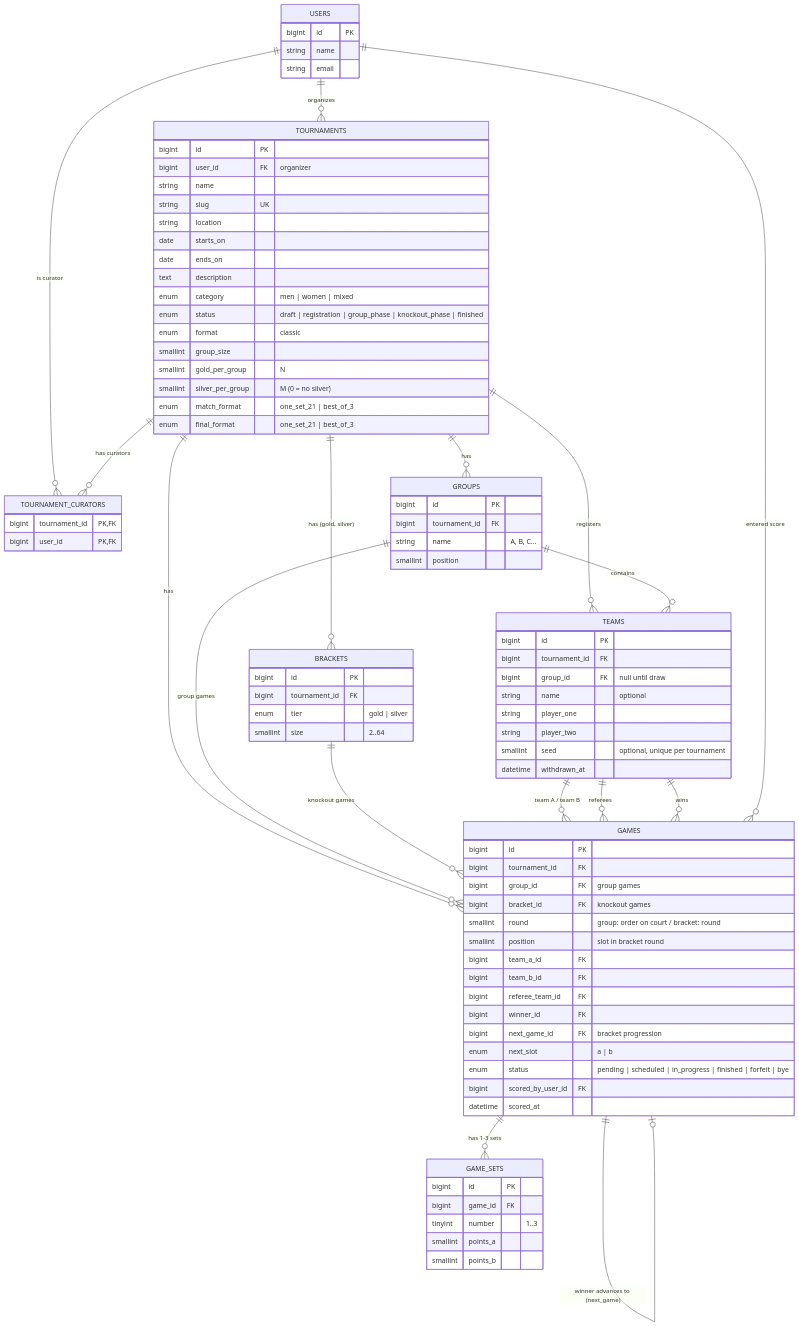
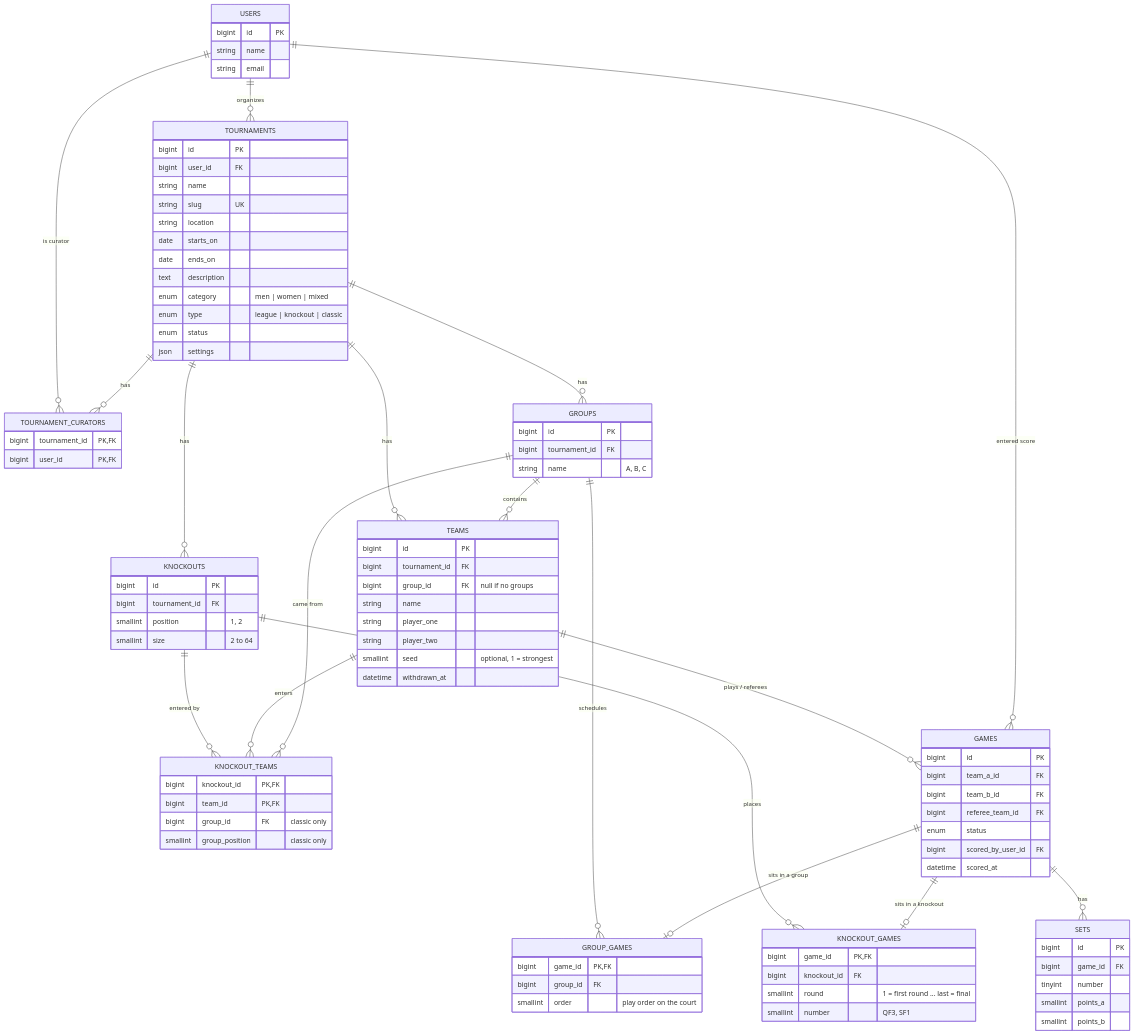
Before and after one commit to ftascon/tournaments_webapp: the diagram in ER Diagram.md, drawn with Mermaid.

Commit message:
update ER model

````diff
--- a/ER Diagram.md
+++ b/ER Diagram.md
@@ -1,21 +1,24 @@
 ```mermaid
 erDiagram
-    USERS ||--o{ TOURNAMENTS : "organizes"
+    USERS ||--o{ TOURNAMENTS : organizes
     USERS ||--o{ TOURNAMENT_CURATORS : "is curator"
-    TOURNAMENTS ||--o{ TOURNAMENT_CURATORS : "has curators"
-    TOURNAMENTS ||--o{ TEAMS : "registers"
-    TOURNAMENTS ||--o{ GROUPS : "has"
-    TOURNAMENTS ||--o{ BRACKETS : "has (gold, silver)"
-    TOURNAMENTS ||--o{ GAMES : "has"
-    GROUPS ||--o{ TEAMS : "contains"
-    GROUPS ||--o{ GAMES : "group games"
-    BRACKETS ||--o{ GAMES : "knockout games"
-    TEAMS ||--o{ GAMES : "team A / team B"
-    TEAMS ||--o{ GAMES : "referees"
-    TEAMS ||--o{ GAMES : "wins"
-    GAMES ||--o| GAMES : "winner advances to (next_game)"
-    GAMES ||--o{ GAME_SETS : "has 1-3 sets"
+    TOURNAMENTS ||--o{ TOURNAMENT_CURATORS : has
+    TOURNAMENTS ||--o{ TEAMS : has
+    TOURNAMENTS ||--o{ GROUPS : has
+    TOURNAMENTS ||--o{ KNOCKOUTS : has
+
+    GROUPS ||--o{ TEAMS : contains
+    GROUPS ||--o{ GROUP_GAMES : schedules
+    KNOCKOUTS ||--o{ KNOCKOUT_GAMES : places
+    KNOCKOUTS ||--o{ KNOCKOUT_TEAMS : "entered by"
+    TEAMS ||--o{ KNOCKOUT_TEAMS : enters
+    GROUPS ||--o{ KNOCKOUT_TEAMS : "came from"
+
+    GAMES ||--o| GROUP_GAMES : "sits in a group"
+    GAMES ||--o| KNOCKOUT_GAMES : "sits in a knockout"
+    TEAMS ||--o{ GAMES : "plays / referees"
     USERS ||--o{ GAMES : "entered score"
+    GAMES ||--o{ SETS : has
 
     USERS {
         bigint id PK
@@ -24,7 +27,7 @@
     }
     TOURNAMENTS {
         bigint id PK
-        bigint user_id FK "organizer"
+        bigint user_id FK
         string name
         string slug UK
         string location
@@ -32,61 +35,65 @@
         date ends_on
         text description
         enum category "men | women | mixed"
-        enum status "draft | registration | group_phase | knockout_phase | finished"
-        enum format "classic"
-        smallint group_size
-        smallint gold_per_group "N"
-        smallint silver_per_group "M (0 = no silver)"
-        enum match_format "one_set_21 | best_of_3"
-        enum final_format "one_set_21 | best_of_3"
+        enum type "league | knockout | classic"
+        enum status
+        json settings
     }
     TOURNAMENT_CURATORS {
-        bigint tournament_id PK,FK
-        bigint user_id PK,FK
+        bigint tournament_id PK, FK
+        bigint user_id PK, FK
     }
     TEAMS {
         bigint id PK
         bigint tournament_id FK
-        bigint group_id FK "null until draw"
-        string name "optional"
+        bigint group_id FK "null if no groups"
+        string name
         string player_one
         string player_two
-        smallint seed "optional, unique per tournament"
+        smallint seed "optional, 1 = strongest"
         datetime withdrawn_at
     }
     GROUPS {
         bigint id PK
         bigint tournament_id FK
-        string name "A, B, C..."
-        smallint position
+        string name "A, B, C"
     }
-    BRACKETS {
+    KNOCKOUTS {
         bigint id PK
         bigint tournament_id FK
-        enum tier "gold | silver"
-        smallint size "2..64"
+        smallint position "1, 2"
+        smallint size "2 to 64"
+    }
+    KNOCKOUT_TEAMS {
+        bigint knockout_id PK, FK
+        bigint team_id PK, FK
+        bigint group_id FK "classic only"
+        smallint group_position "classic only"
     }
     GAMES {
         bigint id PK
-        bigint tournament_id FK
-        bigint group_id FK "group games"
-        bigint bracket_id FK "knockout games"
-        smallint round "group: order on court / bracket: round"
-        smallint position "slot in bracket round"
         bigint team_a_id FK
         bigint team_b_id FK
         bigint referee_team_id FK
-        bigint winner_id FK
-        bigint next_game_id FK "bracket progression"
-        enum next_slot "a | b"
-        enum status "pending | scheduled | in_progress | finished | forfeit | bye"
+        enum status
         bigint scored_by_user_id FK
         datetime scored_at
     }
-    GAME_SETS {
+    GROUP_GAMES {
+        bigint game_id PK, FK
+        bigint group_id FK
+        smallint order "play order on the court"
+    }
+    KNOCKOUT_GAMES {
+        bigint game_id PK, FK
+        bigint knockout_id FK
+        smallint round "1 = first round ... last = final"
+        smallint number "QF3, SF1"
+    }
+    SETS {
         bigint id PK
         bigint game_id FK
-        tinyint number "1..3"
+        tinyint number
         smallint points_a
         smallint points_b
     }
````
